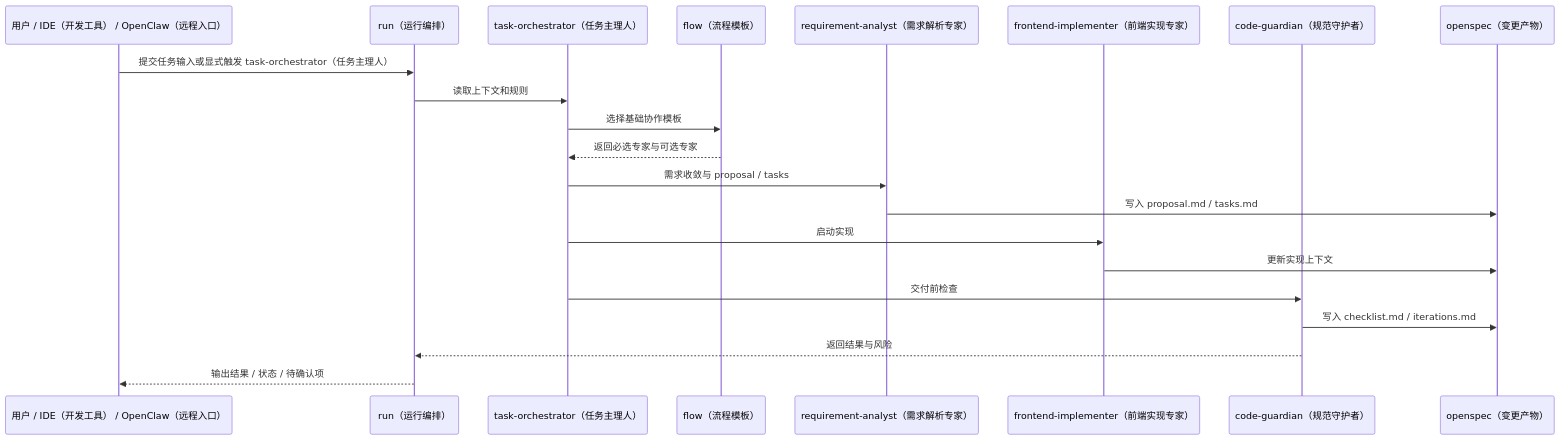
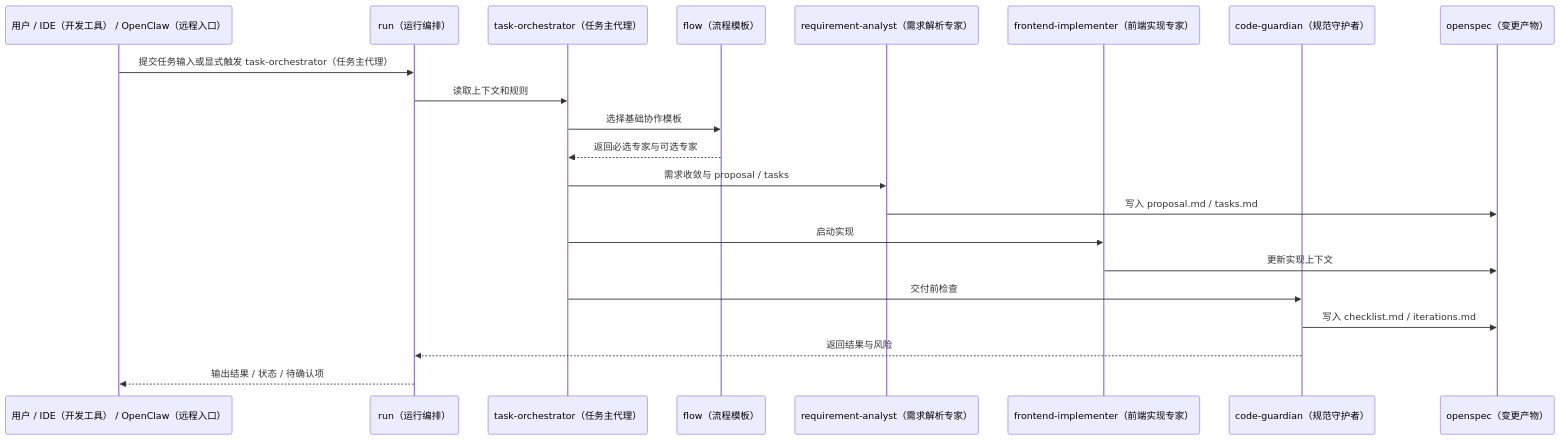
The sixth of 6 diagrams in docs/paser_two/项目技术架构与操作流程说明-03-27-17-20.md (Colouful/br-ai-spec), drawn with Mermaid before and after one commit. The commit also changed other lines of this file and 88 other files, not shown here.

````diff
--- a/docs/paser_two/项目技术架构与操作流程说明-03-27-17-20.md
+++ b/docs/paser_two/项目技术架构与操作流程说明-03-27-17-20.md
@@ -493,24 +493,24 @@
 ```mermaid
 sequenceDiagram
     participant User as 用户 / IDE（开发工具） / OpenClaw（远程入口）
     participant Runtime as run（运行编排）
-    participant Orchestrator as task-orchestrator（任务主理人）
+    participant Orchestrator as task-orchestrator（任务主代理）
     participant Flow as flow（流程模板）
     participant Analyst as requirement-analyst（需求解析专家）
     participant Implementer as frontend-implementer（前端实现专家）
     participant Guardian as code-guardian（规范守护者）
     participant OpenSpec as openspec（变更产物）
 
-    User->>Runtime: 提交任务输入或显式触发 task-orchestrator（任务主理人）
+    User->>Runtime: 提交任务输入或显式触发 task-orchestrator（任务主代理）
     Runtime->>Orchestrator: 读取上下文和规则
     Orchestrator->>Flow: 选择基础协作模板
     Flow-->>Orchestrator: 返回必选专家与可选专家
     Orchestrator->>Analyst: 需求收敛与 proposal / tasks
     Analyst->>OpenSpec: 写入 proposal.md / tasks.md
     Orchestrator->>Implementer: 启动实现
     Implementer->>OpenSpec: 更新实现上下文
     Orchestrator->>Guardian: 交付前检查
     Guardian->>OpenSpec: 写入 checklist.md / iterations.md
     Guardian-->>Runtime: 返回结果与风险
     Runtime-->>User: 输出结果 / 状态 / 待确认项
 ```
````
